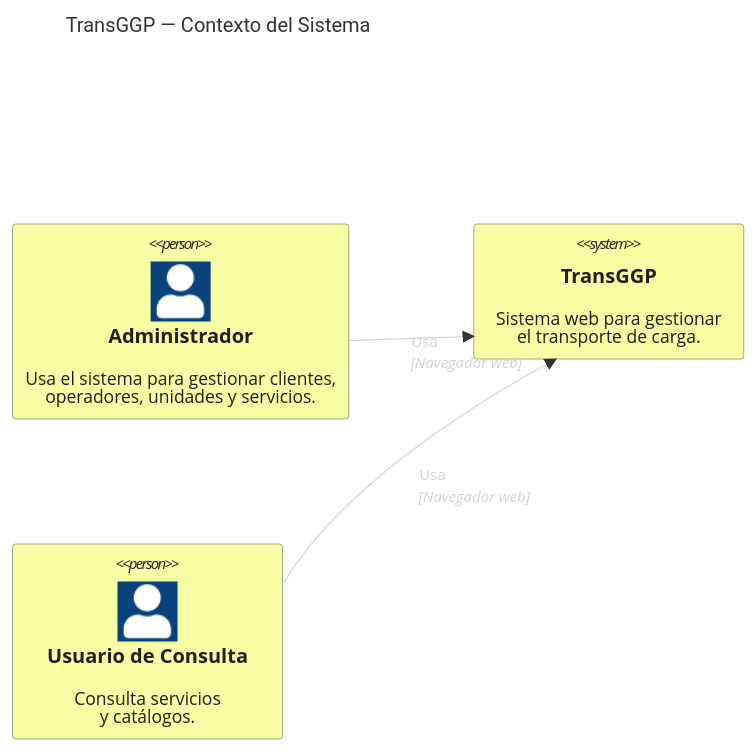
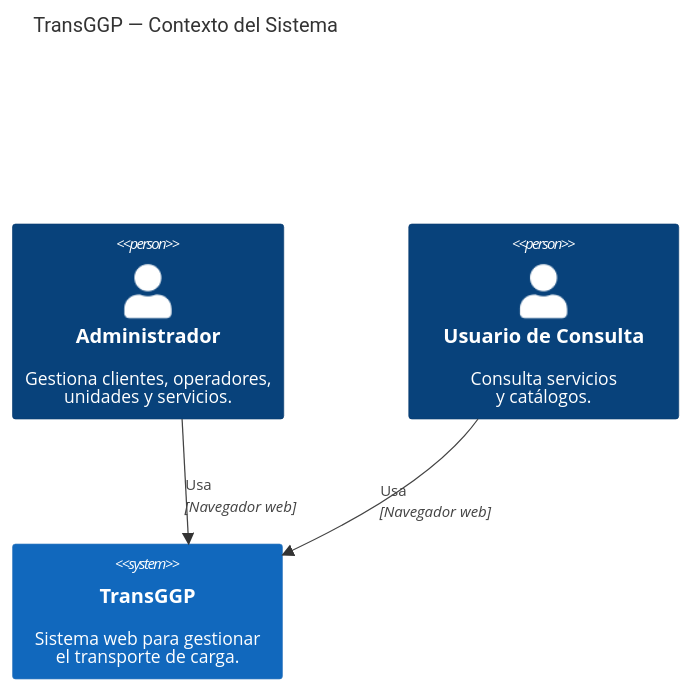
The diagram in docs/Diagramas.md (bylev/Proyecto-ArquitecturaSW), drawn with Mermaid before and after one commit.

Commit message:
docs: Añadir diagramas

````diff
--- a/docs/Diagramas.md
+++ b/docs/Diagramas.md
@@ -9,20 +9,15 @@
 ```mermaid
 C4Context
     title TransGGP — Contexto del Sistema
 
-    %% 1. Usar <br/> en las descripciones para evitar cajas demasiado anchas
-    Person(admin, "Administrador", "Usa el sistema para gestionar clientes,<br/>operadores, unidades y servicios.")
+    %% Definición de Personas en la parte superior
+    Person(admin, "Administrador", "Gestiona clientes, operadores,<br/>unidades y servicios.")
+    Person(consulta, "Usuario de Consulta", "Consulta servicios<br/>y catálogos.")
     
+    %% Sistema principal abajo
     System(transggp, "TransGGP", "Sistema web para gestionar<br/>el transporte de carga.")
-    
-    Person(consulta, "Usuario de Consulta", "Consulta servicios<br/>y catálogos.")
 
-    Rel_R(admin, transggp, "Usa", "Navegador web")
-    Rel_L(consulta, transggp, "Usa", "Navegador web")
-    
-    UpdateElementStyle(admin, $bgColor="#f8fea3ff", $fontColor="#2a1a18ff", $borderColor="#757260ff")
-    UpdateElementStyle(consulta, $bgColor="#f8fea3ff", $fontColor="#2a1a18ff", $borderColor="#757260ff")
-    UpdateElementStyle(transggp, $bgColor="#f8fea3ff", $fontColor="#2a1a18ff", $borderColor="#757260ff")
-    UpdateRelStyle(admin, transggp, $textColor="#d3d3d3", $lineColor="#d3d3d3")
-    UpdateRelStyle(consulta, transggp, $textColor="#d3d3d3", $lineColor="#d3d3d3")
+    %% Relaciones apuntando hacia abajo (Rel_D = Down) para forzar un diseño vertical limpio
+    Rel_D(admin, transggp, "Usa", "Navegador web")
+    Rel_D(consulta, transggp, "Usa", "Navegador web")
 ```
````
